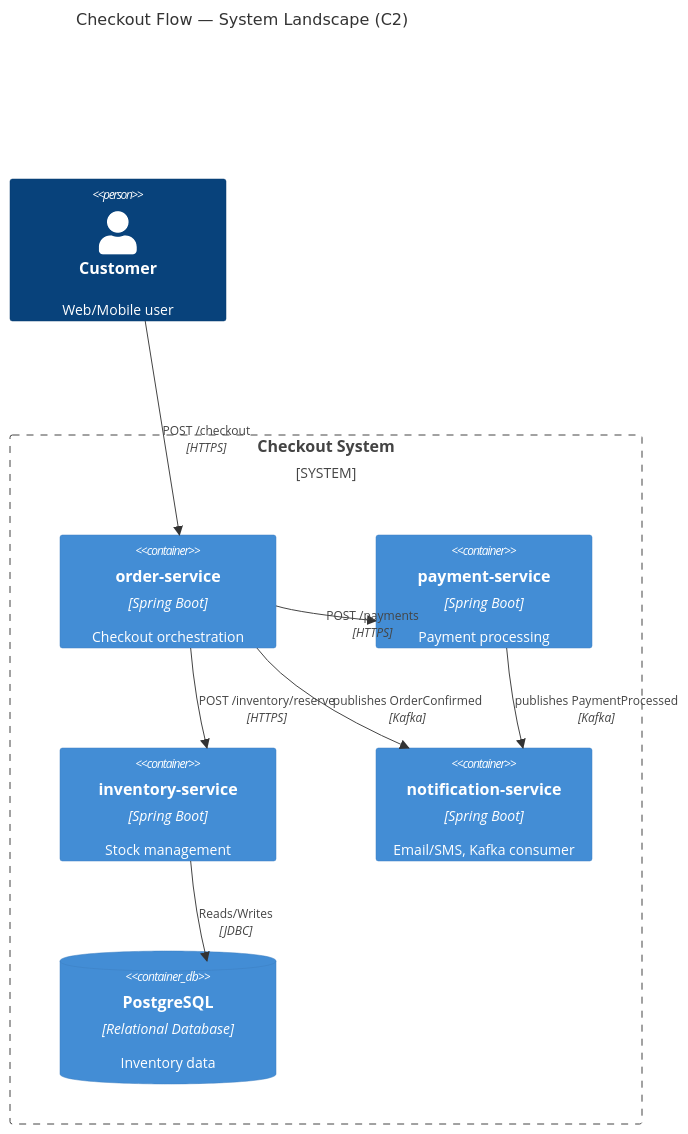
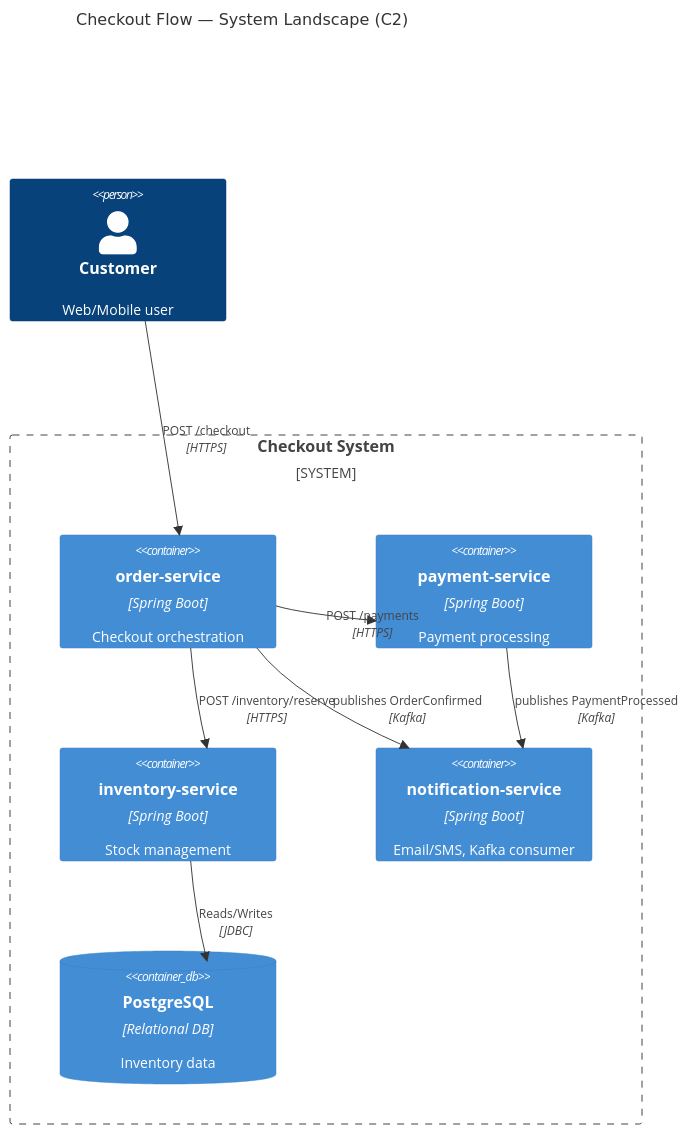
One commit to sjmyuan/gg-daily-workbench changed the first of 3 diagrams in skills/investigate-code/examples/progressive-zoom-in.md. Above: the diagram before and after it, drawn with Mermaid. The commit also changed other lines of this file and 11 other files, not shown here.

````diff
--- a/skills/investigate-code/examples/progressive-zoom-in.md
+++ b/skills/investigate-code/examples/progressive-zoom-in.md
@@ -12,21 +13,18 @@
 ```mermaid
 C4Container
     title Checkout Flow — System Landscape (C2)
-
     Person(customer, "Customer", "Web/Mobile user")
-
     System_Boundary(checkout_system, "Checkout System") {
         Container(order_service, "order-service", "Spring Boot", "Checkout orchestration")
         Container(payment_service, "payment-service", "Spring Boot", "Payment processing")
         Container(inventory_service, "inventory-service", "Spring Boot", "Stock management")
         Container(notification_service, "notification-service", "Spring Boot", "Email/SMS, Kafka consumer")
-        ContainerDb(postgres, "PostgreSQL", "Relational Database", "Inventory data")
+        ContainerDb(postgres, "PostgreSQL", "Relational DB", "Inventory data")
     }
-
     Rel(customer, order_service, "POST /checkout", "HTTPS")
     Rel(order_service, payment_service, "POST /payments", "HTTPS")
     Rel(order_service, inventory_service, "POST /inventory/reserve", "HTTPS")
     Rel(order_service, notification_service, "publishes OrderConfirmed", "Kafka")
     Rel(payment_service, notification_service, "publishes PaymentProcessed", "Kafka")
     Rel(inventory_service, postgres, "Reads/Writes", "JDBC")
 ```
````
